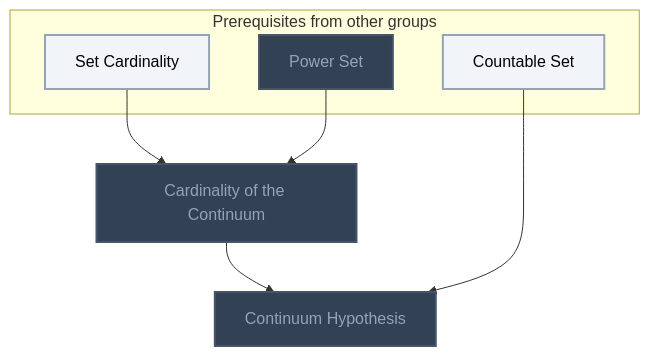
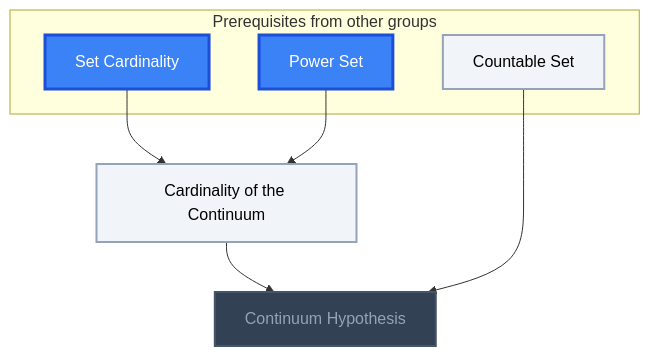
Before and after one commit to MRauf1/My-Notes: the third of 13 diagrams in Gamification/Skill Trees/Measure Theory.md, drawn with Mermaid. The commit also changed other lines of this file and 62 other files, not shown here.

````diff
--- a/Gamification/Skill Trees/Measure Theory.md
+++ b/Gamification/Skill Trees/Measure Theory.md
@@ -83,26 +87,27 @@
 ```mermaid
 flowchart TD
     classDef planned fill:#1E293B,stroke:#64748B,stroke-width:2px,stroke-dasharray:5 5,color:#94A3B8;
     classDef locked fill:#334155,stroke:#475569,stroke-width:2px,color:#94A3B8;
     classDef L0 fill:#F1F5F9,stroke:#94A3B8,stroke-width:2px,color:#000000;
     classDef L1 fill:#22C55E,stroke:#15803D,stroke-width:2px,color:#000000;
     classDef L2 fill:#3B82F6,stroke:#1D4ED8,stroke-width:3px,color:#FFFFFF;
     classDef L3 fill:#A855F7,stroke:#6B21A8,stroke-width:3px,color:#FFFFFF,font-weight:bold;
     classDef L4 fill:#F97316,stroke:#C2410C,stroke-width:4px,color:#000000,font-weight:bold;
     classDef L5 fill:#FFD700,stroke:#FF8C00,stroke-width:5px,color:#000000,font-weight:bold;
     classDef rusty stroke:#8B4513,stroke-width:4px,stroke-dasharray:3 3;
     subgraph sg_prereqs["Prerequisites from other groups"]
         n_set_cardinality["Set Cardinality"]
         n_power_set["Power Set"]
         n_countable_set["Countable Set"]
     end
     n_cardinality_of_the_continuum["Cardinality of the Continuum"]
     n_continuum_hypothesis["Continuum Hypothesis"]
     n_set_cardinality --> n_cardinality_of_the_continuum
     n_power_set --> n_cardinality_of_the_continuum
     n_cardinality_of_the_continuum --> n_continuum_hypothesis
     n_countable_set --> n_continuum_hypothesis
-    class n_power_set,n_cardinality_of_the_continuum,n_continuum_hypothesis locked;
-    class n_set_cardinality,n_countable_set L0;
+    class n_continuum_hypothesis locked;
+    class n_countable_set,n_cardinality_of_the_continuum L0;
+    class n_set_cardinality,n_power_set L2;
     class n_set_cardinality,n_power_set,n_countable_set,n_cardinality_of_the_continuum,n_continuum_hypothesis internal-link;
 ```
````
